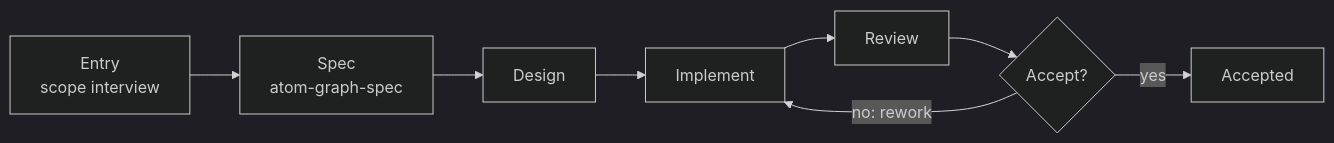
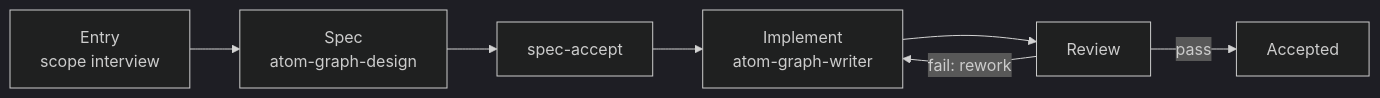
The third of 3 diagrams in README.md (makara/ai-atomic-workflow), drawn with Mermaid (dark theme) before and after one commit. The commit also changed other lines of this file and 72 other files, not shown here.

````diff
--- a/README.md
+++ b/README.md
@@ -274,10 +272,9 @@
 ```mermaid
 graph LR
-   ENTRY[Entry<br/>scope interview] --> SPEC[Spec<br/>atom-graph-spec]
-   SPEC --> DESIGN[Design]
-   DESIGN --> IMPL[Implement]
+   ENTRY[Entry<br/>scope interview] --> SPEC[Spec<br/>atom-graph-design]
+   SPEC --> ACCEPT[spec-accept]
+   ACCEPT --> IMPL[Implement<br/>atom-graph-writer]
    IMPL --> REVIEW[Review]
-   REVIEW --> GATE{Accept?}
-   GATE -->|no: rework| IMPL
-   GATE -->|yes| ACCEPT[Accepted]
+   REVIEW -->|fail: rework| IMPL
+   REVIEW -->|pass| DONE[Accepted]
 ```
````
